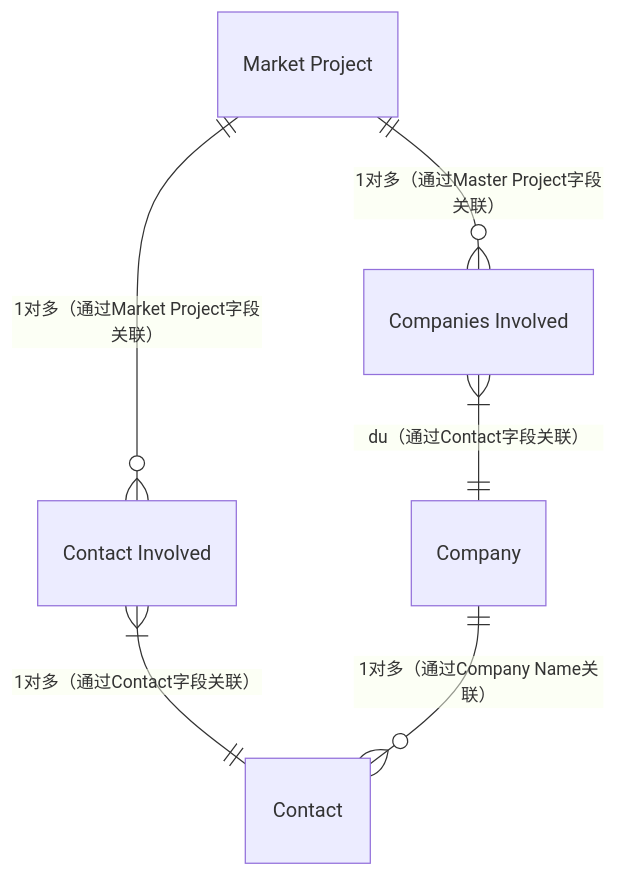
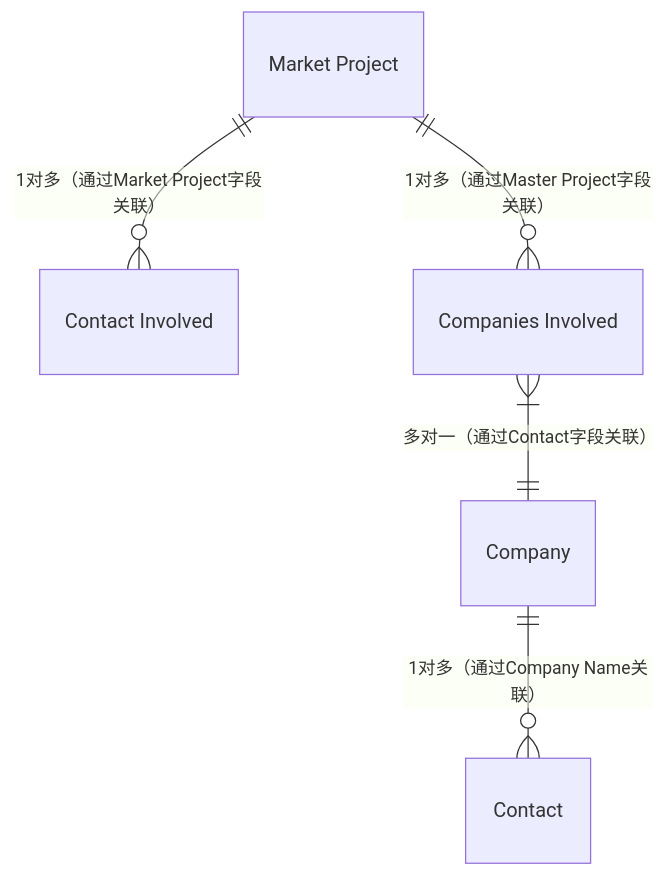
Before and after one commit to zhangziru-33/iodraw-files: the diagram in all/Norden数据E-R图(7个对象，+contact).md, drawn with Mermaid.

Commit message:
2025-12-04 14:23:06 update

````diff
--- a/all/Norden数据E-R图(7个对象，+contact).md
+++ b/all/Norden数据E-R图(7个对象，+contact).md
@@ -1,20 +1,20 @@
 ```mermaid
 erDiagram
     
     %% Company ||--o{ "PV Product" : "1对多（通过Company字段关联）"
     
     
     "Market Project" ||--o{ "Contact Involved" : "1对多（通过Market Project字段关联）"
-    "Contact Involved" }|--|| "Contact" : "1对多（通过Contact字段关联）"
+    %% "Contact Involved" }|--|| "Contact" : "1对多（通过Contact字段关联）"
     %% Contact ||--o{ "Conatct Involved" : "1对多（通过Conatct字段关联）"
     Company ||--o{ "Contact" : "1对多（通过Company Name关联）"
     %% Company ||--o{ "Companies Involved" : "1对多（通过Company Name关联）"
-    "Companies Involved" }|--|| "Company" : "du（通过Contact字段关联）"
+    "Companies Involved" }|--|| "Company" : "多对一（通过Contact字段关联）"
     "Market Project" ||--o{ "Companies Involved" : "1对多（通过Master Project字段关联）"
     
 
     %% "Market Project" ||--o{ "MP Product" : "1对多（通过Market Project字段关联）"
     %% "MP Product" }|--|| "PV Product" : "多对1（通过产品参数关联，如Frame Material）"
    
     
 ```
````
